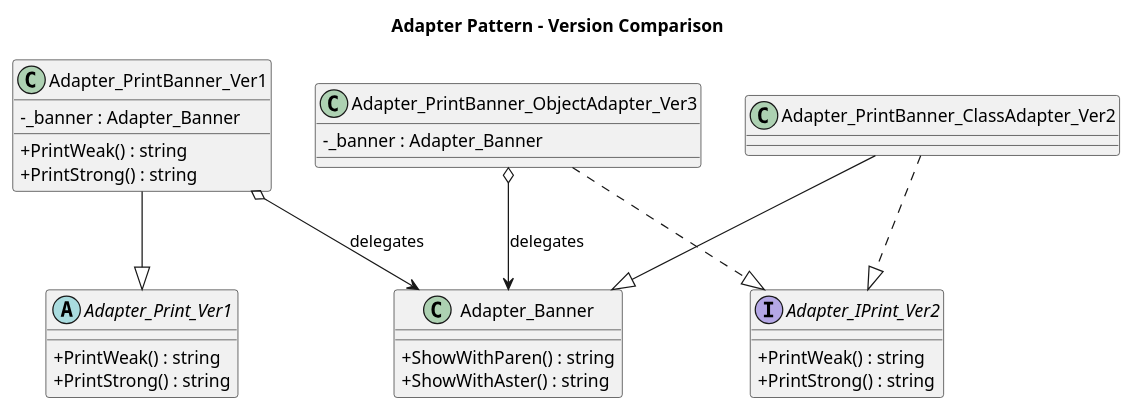
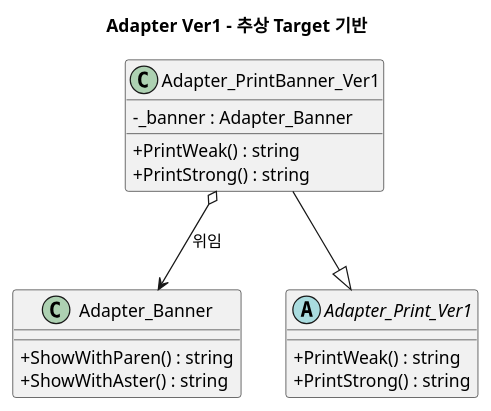
One commit to newbigwater/Design-Pattern changed the first of 3 diagrams in doc/02. Structural Pattern/02.01. Adapter.md. Above: the diagram before and after it, drawn with PlantUML. The commit also changed other lines of this file and 19 other files, not shown here.

Commit message:
Refactor pattern docs to unified format and align adapter/creational sources

````diff
--- a/doc/02. Structural Pattern/02.01. Adapter.md
+++ b/doc/02. Structural Pattern/02.01. Adapter.md
@@ -106,41 +62,25 @@
 ```plantuml
 @startuml
-title Adapter Pattern - Version Comparison
+title Adapter Ver1 - 추상 Target 기반
 skinparam classAttributeIconSize 0
 
 class Adapter_Banner {
   + ShowWithParen() : string
   + ShowWithAster() : string
 }
 
 abstract class Adapter_Print_Ver1 {
   + PrintWeak() : string
   + PrintStrong() : string
 }
 
 class Adapter_PrintBanner_Ver1 {
   - _banner : Adapter_Banner
   + PrintWeak() : string
   + PrintStrong() : string
 }
 
-interface Adapter_IPrint_Ver2 {
-  + PrintWeak() : string
-  + PrintStrong() : string
-}
-
-class Adapter_PrintBanner_ClassAdapter_Ver2
-class Adapter_PrintBanner_ObjectAdapter_Ver3 {
-  - _banner : Adapter_Banner
-}
-
 Adapter_PrintBanner_Ver1 --|> Adapter_Print_Ver1
-Adapter_PrintBanner_Ver1 o--> Adapter_Banner : delegates
-
-Adapter_PrintBanner_ClassAdapter_Ver2 --|> Adapter_Banner
-Adapter_PrintBanner_ClassAdapter_Ver2 ..|> Adapter_IPrint_Ver2
-
-Adapter_PrintBanner_ObjectAdapter_Ver3 ..|> Adapter_IPrint_Ver2
-Adapter_PrintBanner_ObjectAdapter_Ver3 o--> Adapter_Banner : delegates
+Adapter_PrintBanner_Ver1 o--> Adapter_Banner : 위임
 @enduml
 ```
````
